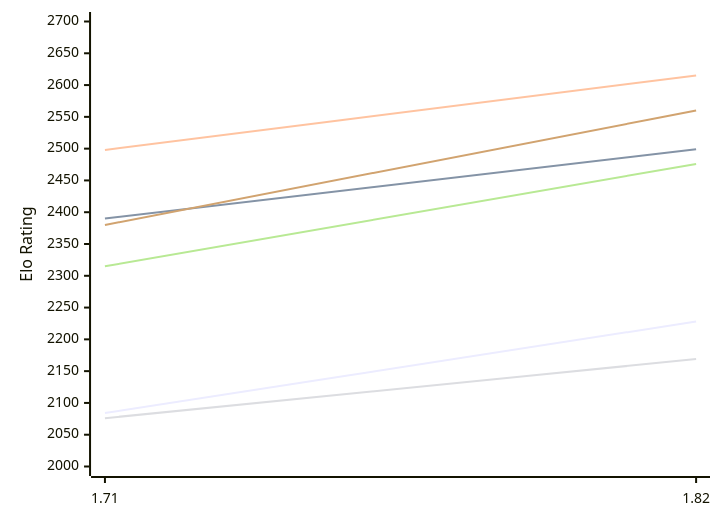
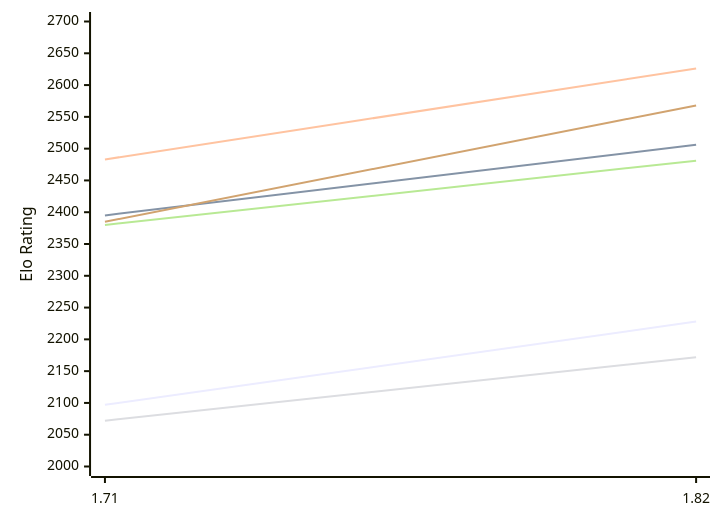
One commit to computer-chess-index/cci changed the first of 2 diagrams in engines/Amira.md. Above: the diagram before and after it, drawn with Mermaid. The commit also changed other lines of this file, not shown here.

Commit message:
Update CCI Ratings (ELO VLTC) - 2026-11-16

````diff
--- a/engines/Amira.md
+++ b/engines/Amira.md
@@ -50,12 +50,12 @@
 ```mermaid
 %%{init: {"theme":"base","themeVariables":{"seriesColors:['#a3a3a3','#222221','#faa371']}}}%%
 xychart-beta
   x-axis ["1.71", "1.82"]
   y-axis "Elo Rating" 2000 --> 2700
-  line "E1: STC (8.0+0.08s)" [2084, 2228]
-  line "E1: LTC (60.0+0.60s)" [2390, 2499]
-  line "E1: VLTC (2m24s+1.12s)" [2498, 2615]
-  line "P1: STC (8.0+0.08s)" [2076, 2169]
-  line "P1: LTC (60.0+0.60s)" [2315, 2476]
-  line "P1: VLTC (2m24s+1.12s)" [2380, 2560]
+  line "E1: STC (8.0+0.08s)" [2097, 2228]
+  line "E1: LTC (60.0+0.60s)" [2395, 2506]
+  line "E1: VLTC (2m24s+1.12s)" [2483, 2626]
+  line "P1: STC (8.0+0.08s)" [2072, 2172]
+  line "P1: LTC (60.0+0.60s)" [2380, 2481]
+  line "P1: VLTC (2m24s+1.12s)" [2385, 2568]
 ```
````
